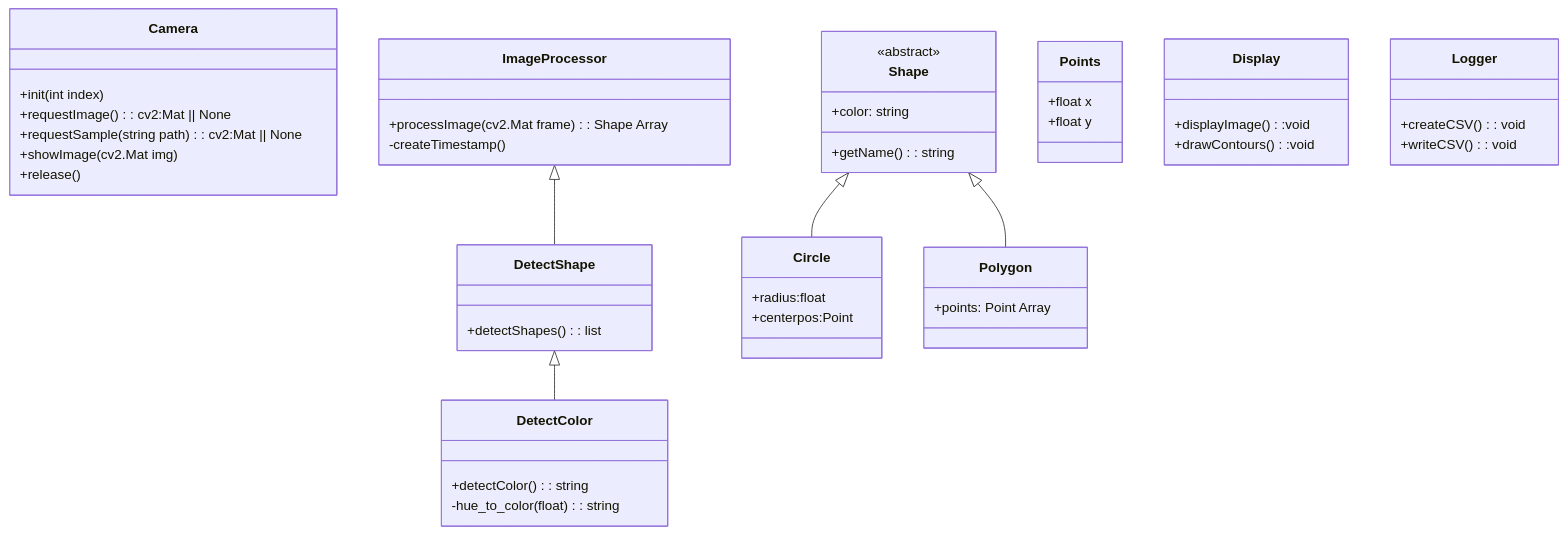
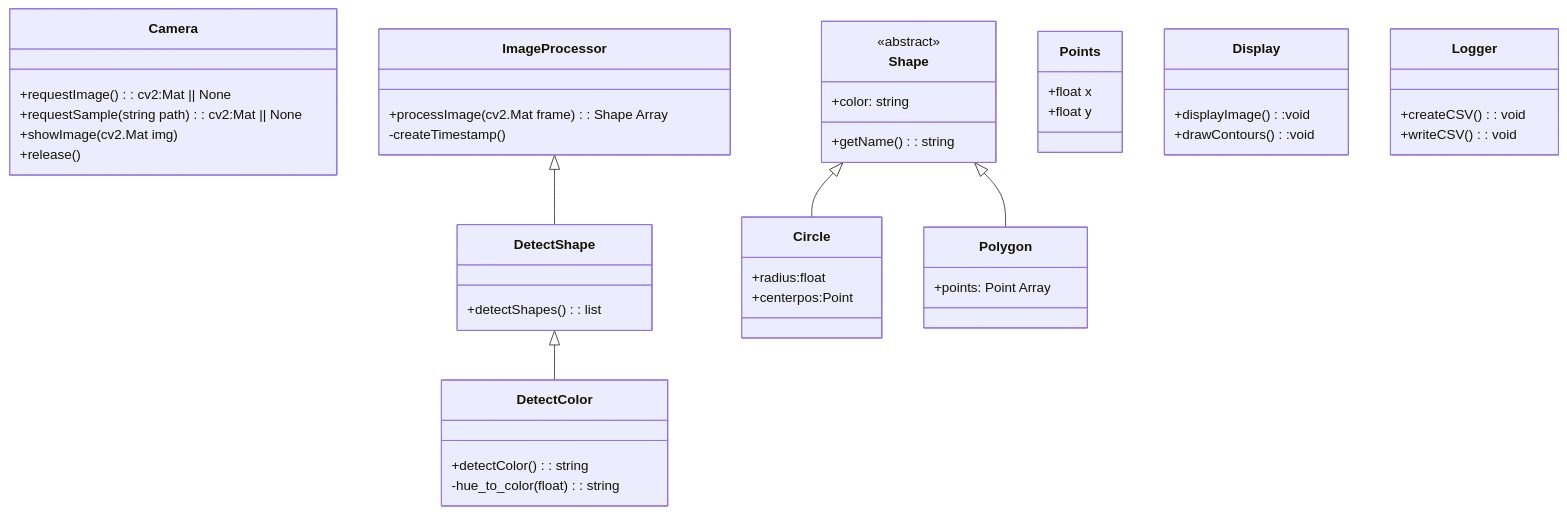
The fourth of 4 diagrams in doc/ProjectMap.md (lightfreak8/fhgr-sweng), drawn with Mermaid before and after one commit.

Commit message:
adjust class diagramm: init

````diff
--- a/doc/ProjectMap.md
+++ b/doc/ProjectMap.md
@@ -102,61 +102,60 @@
 ```mermaid
  classDiagram
 
       class Camera{
-        +init(int index)
         +requestImage(): cv2:Mat || None
         +requestSample(string path): cv2:Mat || None
         +showImage(cv2.Mat img)
         +release()
       }
 
       ImageProcessor <|-- DetectShape
       class ImageProcessor{
           +processImage(cv2.Mat frame): Shape Array
           -createTimestamp()
       }
 
       DetectShape <|-- DetectColor
       class DetectShape{
         +detectShapes(): list
       }
 
       Shape <|-- Circle
       Shape <|-- Polygon
 
       class Points{
         +float x
         +float y
       }
       class Shape{
         <<abstract>>
         +getName(): string
         +color: string
 
       }
       class Circle{
         +radius:float
         +centerpos:Point
 
       }
       class Polygon{
         +points: Point Array
       }
 
       class DetectColor{
 
           +detectColor(): string
           -hue_to_color(float): string
       }
 
       class Display{
           +displayImage():void
           +drawContours():void
       }
 
       class Logger{
           +createCSV(): void
           +writeCSV(): void
       }
 
 ```
````
